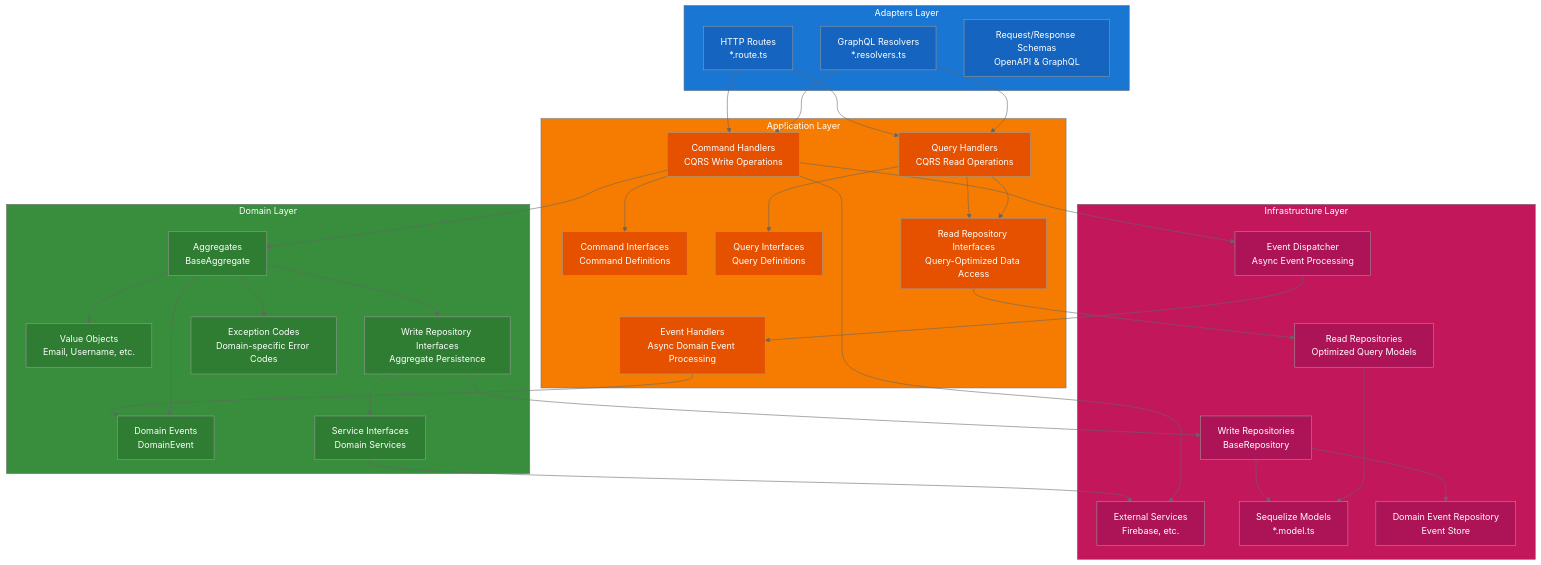
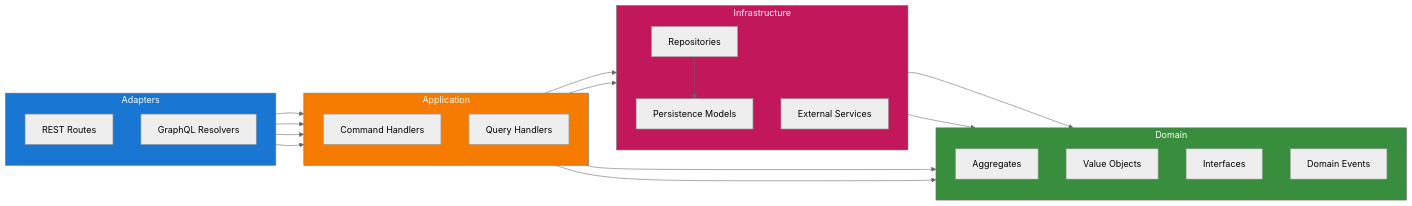
One commit to thinhtran3588/product-templates changed the second of 4 diagrams in api/docs/architecture.md. Above: the diagram before and after it, drawn with Mermaid (neutral theme). The commit also changed other lines of this file and 522 other files, not shown here.

````diff
--- a/api/docs/architecture.md
+++ b/api/docs/architecture.md
@@ -51,94 +48,46 @@
 ```mermaid
-graph TB
-    subgraph Adapters["Adapters Layer"]
-        HTTP[HTTP Routes<br/>*.route.ts]
-        GraphQL[GraphQL Resolvers<br/>*.resolvers.ts]
-        Schemas[Request/Response Schemas<br/>OpenAPI & GraphQL]
+graph LR
+    subgraph Adapters["Adapters"]
+        direction TB
+        Rest[REST Routes]
+        Gql[GraphQL Resolvers]
     end
 
-    subgraph Application["Application Layer"]
-        CommandHandlers[Command Handlers<br/>CQRS Write Operations]
-        QueryHandlers[Query Handlers<br/>CQRS Read Operations]
-        EventHandlers[Event Handlers<br/>Async Domain Event Processing]
-        CommandInterfaces[Command Interfaces<br/>Command Definitions]
-        QueryInterfaces[Query Interfaces<br/>Query Definitions]
-        ReadRepoInterfaces[Read Repository Interfaces<br/>Query-Optimized Data Access]
+    subgraph Application["Application"]
+        direction TB
+        Cmd[Command Handlers]
+        Qry[Query Handlers]
     end
 
-    subgraph Domain["Domain Layer"]
-        Aggregates[Aggregates<br/>BaseAggregate]
-        ValueObjects[Value Objects<br/>Email, Username, etc.]
-        DomainEvents[Domain Events<br/>DomainEvent]
-        WriteRepoInterfaces[Write Repository Interfaces<br/>Aggregate Persistence]
-        ServiceInterfaces[Service Interfaces<br/>Domain Services]
-        ExceptionCodes[Exception Codes<br/>Domain-specific Error Codes]
+    subgraph Domain["Domain"]
+        direction TB
+        Agg[Aggregates]
+        Vo[Value Objects]
+        Iface[Interfaces]
+        Events[Domain Events]
     end
 
-    subgraph Infrastructure["Infrastructure Layer"]
-        WriteRepos[Write Repositories<br/>BaseRepository]
-        ReadRepos[Read Repositories<br/>Optimized Query Models]
-        ExternalServices[External Services<br/>Firebase, etc.]
-        SequelizeModels[Sequelize Models<br/>*.model.ts]
-        EventRepo[Domain Event Repository<br/>Event Store]
-        EventDispatcher[Event Dispatcher<br/>Async Event Processing]
+    subgraph Infrastructure["Infrastructure"]
+        direction TB
+        Repos[Repositories]
+        Svc[External Services]
+        Db[Persistence Models]
     end
 
-    HTTP --> CommandHandlers
-    HTTP --> QueryHandlers
-    GraphQL --> CommandHandlers
-    GraphQL --> QueryHandlers
-
-    CommandHandlers --> CommandInterfaces
-    QueryHandlers --> QueryInterfaces
-    QueryHandlers --> ReadRepoInterfaces
-
-    CommandHandlers --> Aggregates
-    QueryHandlers --> ReadRepoInterfaces
-    EventHandlers --> DomainEvents
-
-    Aggregates --> ValueObjects
-    Aggregates --> DomainEvents
-    Aggregates --> WriteRepoInterfaces
-    WriteRepoInterfaces --> ServiceInterfaces
-    Aggregates --> ExceptionCodes
-
-    WriteRepoInterfaces --> WriteRepos
-    ReadRepoInterfaces --> ReadRepos
-    WriteRepos --> SequelizeModels
-    ReadRepos --> SequelizeModels
-    WriteRepos --> EventRepo
-    CommandHandlers --> EventDispatcher
-    EventDispatcher --> EventHandlers
-    ServiceInterfaces --> ExternalServices
-    CommandHandlers --> ExternalServices
+    Rest --> Cmd
+    Rest --> Qry
+    Gql --> Cmd
+    Gql --> Qry
+    Cmd --> Agg
+    Qry --> Iface
+    Cmd --> Repos
+    Qry --> Repos
+    Repos --> Iface
+    Svc --> Iface
+    Repos --> Db
 
     style Adapters fill:#1976d2,color:#fff
     style Application fill:#f57c00,color:#fff
     style Domain fill:#388e3c,color:#fff
     style Infrastructure fill:#c2185b,color:#fff
-
-    style HTTP fill:#1565c0,color:#fff
-    style GraphQL fill:#1565c0,color:#fff
-    style Schemas fill:#1565c0,color:#fff
-
-    style CommandHandlers fill:#e65100,color:#fff
-    style QueryHandlers fill:#e65100,color:#fff
-    style EventHandlers fill:#e65100,color:#fff
-    style CommandInterfaces fill:#e65100,color:#fff
-    style QueryInterfaces fill:#e65100,color:#fff
-    style ReadRepoInterfaces fill:#e65100,color:#fff
-
-    style Aggregates fill:#2e7d32,color:#fff
-    style ValueObjects fill:#2e7d32,color:#fff
-    style DomainEvents fill:#2e7d32,color:#fff
-    style WriteRepoInterfaces fill:#2e7d32,color:#fff
-    style ServiceInterfaces fill:#2e7d32,color:#fff
-    style ExceptionCodes fill:#2e7d32,color:#fff
-
-    style WriteRepos fill:#ad1457,color:#fff
-    style ReadRepos fill:#ad1457,color:#fff
-    style ExternalServices fill:#ad1457,color:#fff
-    style SequelizeModels fill:#ad1457,color:#fff
-    style EventRepo fill:#ad1457,color:#fff
-    style EventDispatcher fill:#ad1457,color:#fff
 ```
````
